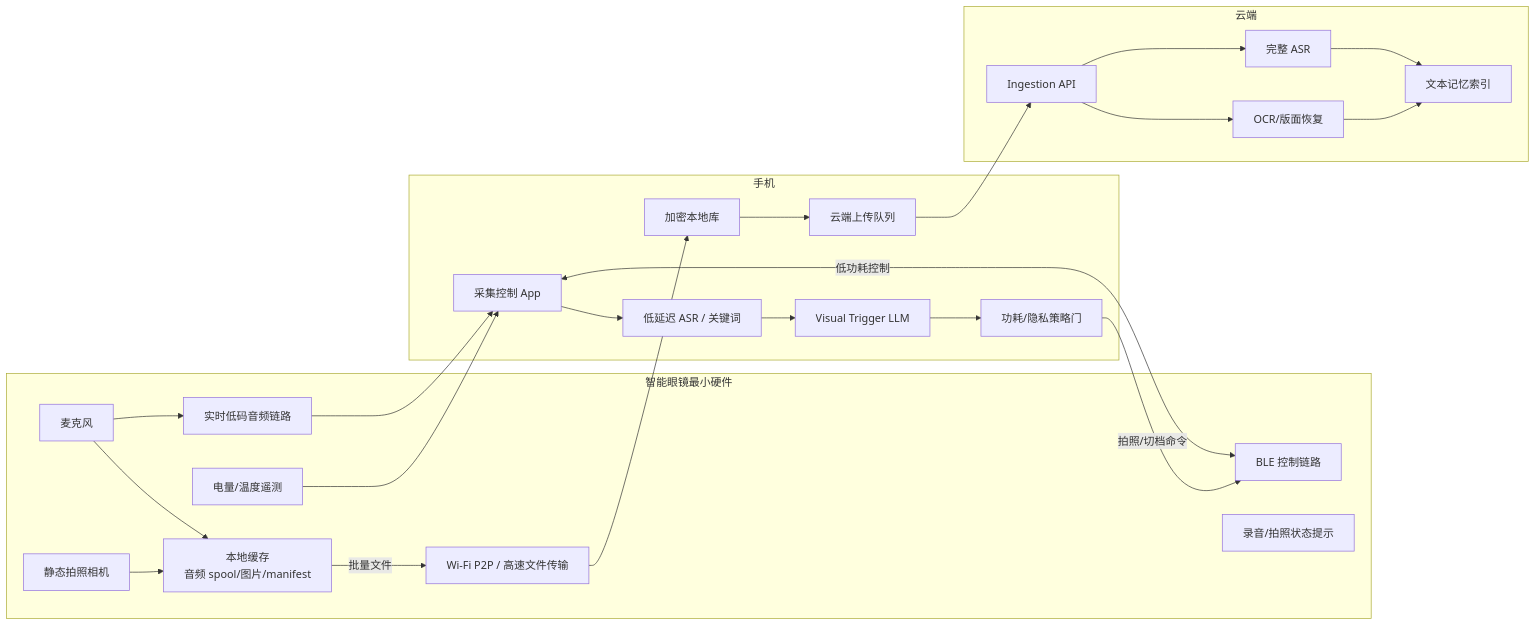
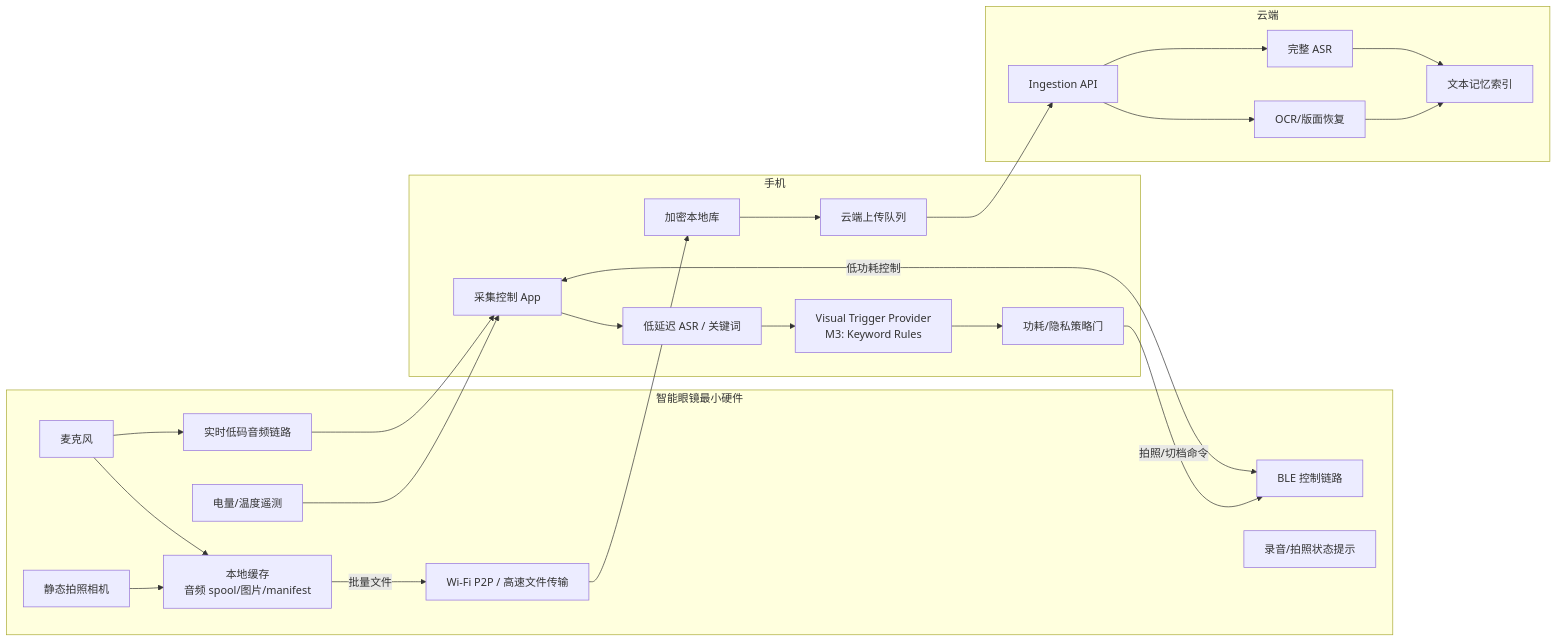
Before and after one commit to masonYau/glass_agent_planning: the first of 4 diagrams in software_architecture/confirm/minimal_text_capture_architecture.md, drawn with Mermaid. The commit also changed other lines of this file and 3 other files, not shown here.

Commit message:
chg: enrich flow design

````diff
--- a/software_architecture/confirm/minimal_text_capture_architecture.md
+++ b/software_architecture/confirm/minimal_text_capture_architecture.md
@@ -34,42 +44,42 @@
 ```mermaid
 flowchart LR
   subgraph Glass["智能眼镜最小硬件"]
     Mic["麦克风"]
     Cam["静态拍照相机"]
     Store["本地缓存<br/>音频 spool/图片/manifest"]
     BLE["BLE 控制链路"]
     AudioLink["实时低码音频链路"]
     P2P["Wi-Fi P2P / 高速文件传输"]
     Battery["电量/温度遥测"]
     Indicator["录音/拍照状态提示"]
   end
 
   subgraph Phone["手机"]
     App["采集控制 App"]
     ASR["低延迟 ASR / 关键词"]
-    LLM["Visual Trigger LLM"]
+    Trigger["Visual Trigger Provider<br/>M3: Keyword Rules"]
     Policy["功耗/隐私策略门"]
     Cache["加密本地库"]
     Uploader["云端上传队列"]
   end
 
   subgraph Cloud["云端"]
     Ingest["Ingestion API"]
     AsrJob["完整 ASR"]
     OcrJob["OCR/版面恢复"]
     Index["文本记忆索引"]
   end
 
   Mic --> AudioLink --> App
   Mic --> Store
   Cam --> Store
   Battery --> App
   App <-->|"低功耗控制"| BLE
   Store -->|"批量文件"| P2P
   P2P --> Cache
-  App --> ASR --> LLM --> Policy
+  App --> ASR --> Trigger --> Policy
   Policy -->|"拍照/切档命令"| BLE
   Cache --> Uploader --> Ingest
   Ingest --> AsrJob --> Index
   Ingest --> OcrJob --> Index
 ```
````
